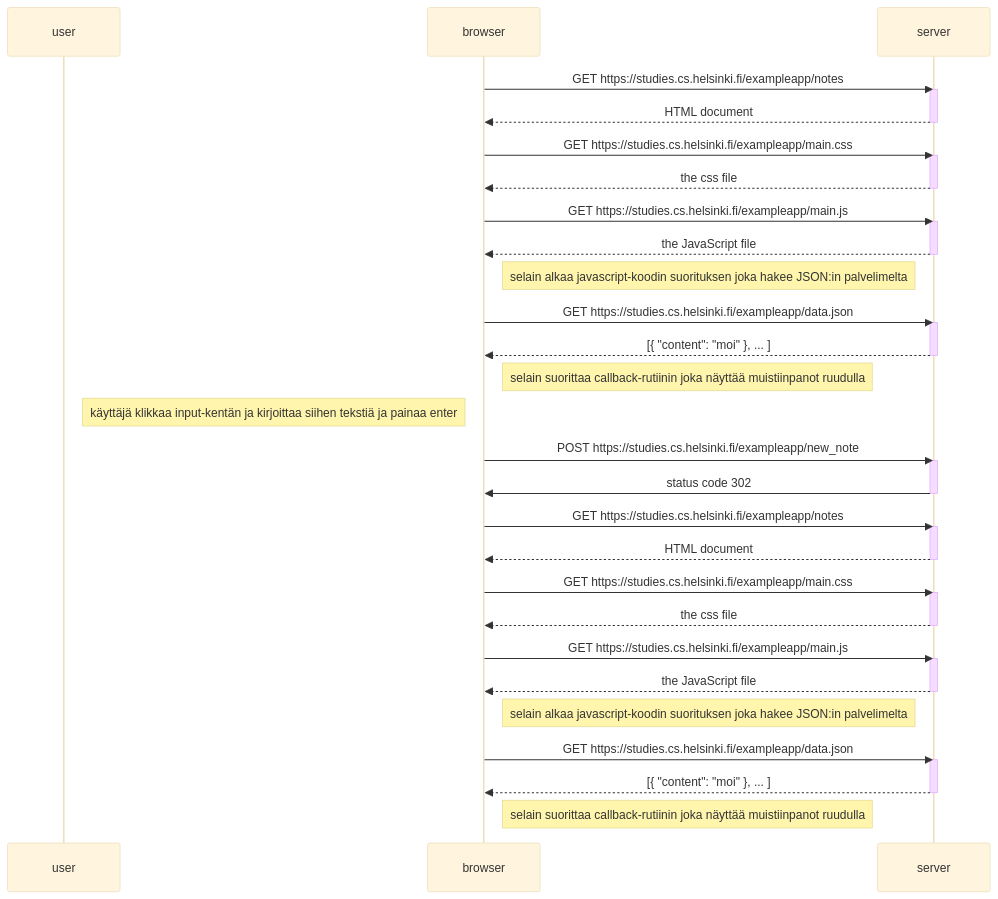
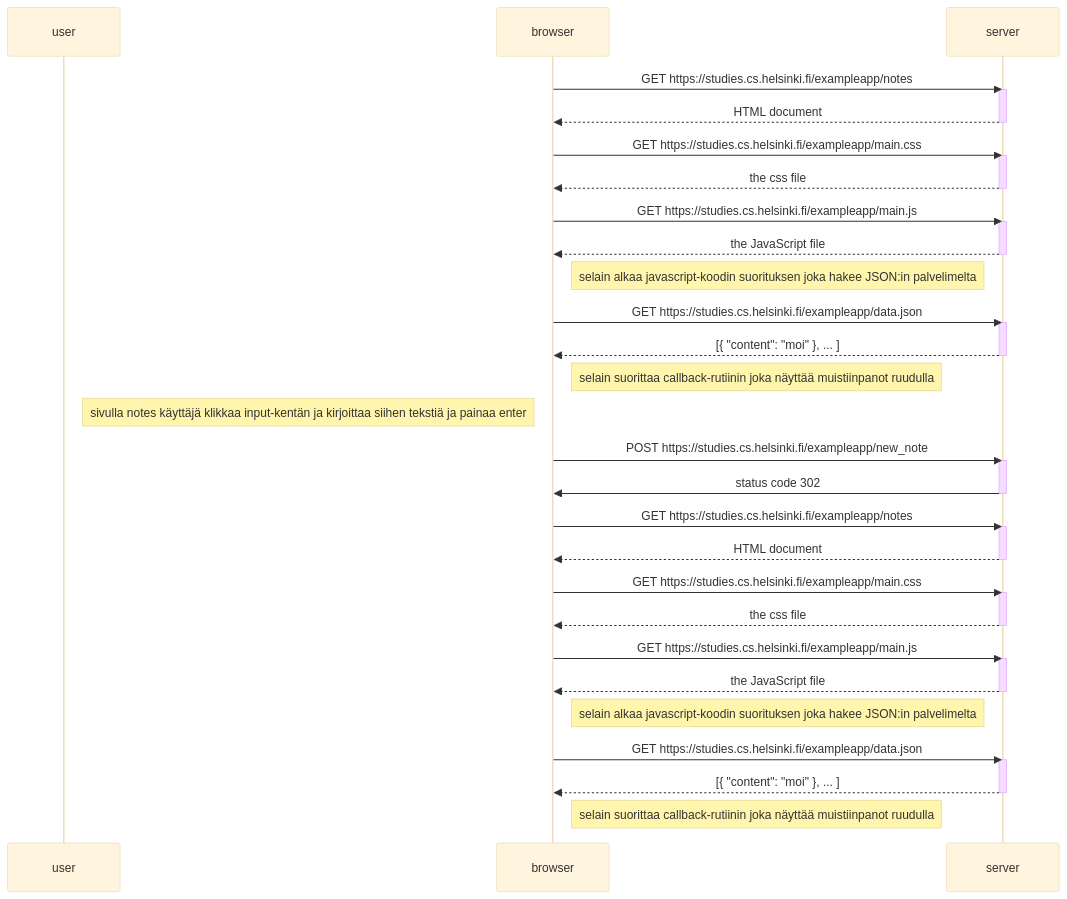
One commit to moocjsi/mooc-harj03 changed the diagram in mermaid-test6.md. Above: the diagram before and after it, drawn with Mermaid (base theme).

````diff
--- a/mermaid-test6.md
+++ b/mermaid-test6.md
@@ -1,63 +1,63 @@
 ```mermaid
 sequenceDiagram
     participant user
     participant browser
     participant server
     
     browser->>server: GET https://studies.cs.helsinki.fi/exampleapp/notes
     activate server
     server-->>browser: HTML document
     deactivate server
 
     browser->>server: GET https://studies.cs.helsinki.fi/exampleapp/main.css
     activate server
     server-->>browser: the css file
     deactivate server
 
     browser->>server: GET https://studies.cs.helsinki.fi/exampleapp/main.js
     activate server
     server-->>browser: the JavaScript file
     deactivate server
 
     Note right of browser: selain alkaa  javascript-koodin suorituksen joka hakee JSON:in palvelimelta
 
     browser->>server: GET https://studies.cs.helsinki.fi/exampleapp/data.json
     activate server
     server-->>browser: [{ "content": "moi" }, ... ]
     deactivate server
 
     Note right of browser: selain suorittaa callback-rutiinin joka näyttää muistiinpanot ruudulla
 
-    Note right of user: käyttäjä klikkaa input-kentän ja kirjoittaa siihen tekstiä ja painaa enter
+    Note right of user: sivulla notes käyttäjä klikkaa input-kentän ja kirjoittaa siihen tekstiä ja painaa enter
 
     browser->>server: POST https://studies.cs.helsinki.fi/exampleapp/new_note
     activate server
     server->>browser: status code 302
     deactivate server
 
     browser->>server: GET https://studies.cs.helsinki.fi/exampleapp/notes
     activate server
     server-->>browser: HTML document
     deactivate server
 
     browser->>server: GET https://studies.cs.helsinki.fi/exampleapp/main.css
     activate server
     server-->>browser: the css file
     deactivate server
 
     browser->>server: GET https://studies.cs.helsinki.fi/exampleapp/main.js
     activate server
     server-->>browser: the JavaScript file
     deactivate server
 
     Note right of browser: selain alkaa  javascript-koodin suorituksen joka hakee JSON:in palvelimelta
 
     browser->>server: GET https://studies.cs.helsinki.fi/exampleapp/data.json
     activate server
     server-->>browser: [{ "content": "moi" }, ... ]
     deactivate server
 
     Note right of browser: selain suorittaa callback-rutiinin joka näyttää muistiinpanot ruudulla
 
 
 ```
````
